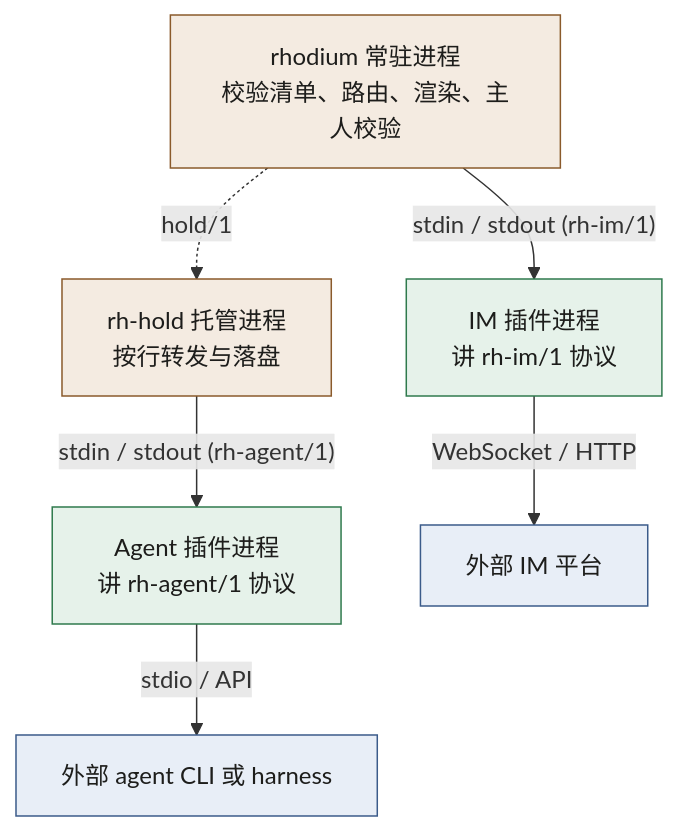
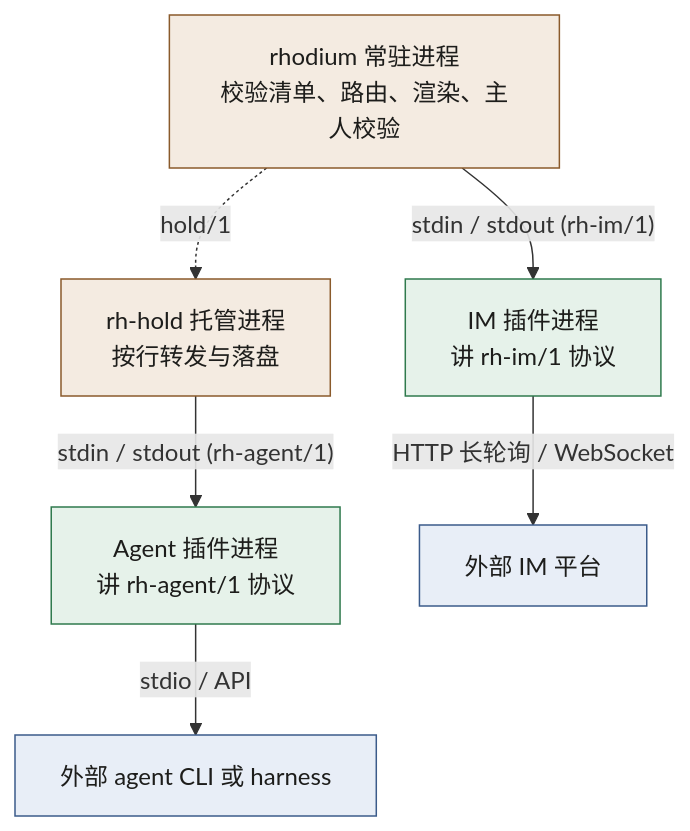
Before and after one commit to Rhapsody0x1/Rhodium-OSS: the diagram in docs/adr/0015-out-of-process-plugins.md, drawn with Mermaid. The commit also changed other lines of this file and 1 other file, not shown here.

Commit message:
docs: record finalized decisions and switch extra IM plugin to WeChat official bot

````diff
--- a/docs/adr/0015-out-of-process-plugins.md
+++ b/docs/adr/0015-out-of-process-plugins.md
@@ -11,19 +11,19 @@
 ```mermaid
 flowchart TD
   classDef rh fill:#f4ebe1,stroke:#8a5a2b,color:#1d1d1b
   classDef agent fill:#e6f2ea,stroke:#2f7a4d,color:#1d1d1b
   classDef ext fill:#e8eef7,stroke:#3b5b8a,color:#1d1d1b
 
   RH["rhodium 常驻进程<br/>校验清单、路由、渲染、主人校验"]:::rh
   HD["rh-hold 托管进程<br/>按行转发与落盘"]:::rh
   AP["Agent 插件进程<br/>讲 rh-agent/1 协议"]:::agent
   CLI["外部 agent CLI 或 harness"]:::ext
   IP["IM 插件进程<br/>讲 rh-im/1 协议"]:::agent
   PLT["外部 IM 平台"]:::ext
 
   RH -. "hold/1" .-> HD
   HD -- "stdin / stdout (rh-agent/1)" --> AP
   AP -- "stdio / API" --> CLI
   RH -- "stdin / stdout (rh-im/1)" --> IP
-  IP -- "WebSocket / HTTP" --> PLT
+  IP -- "HTTP 长轮询 / WebSocket" --> PLT
 ```
````
